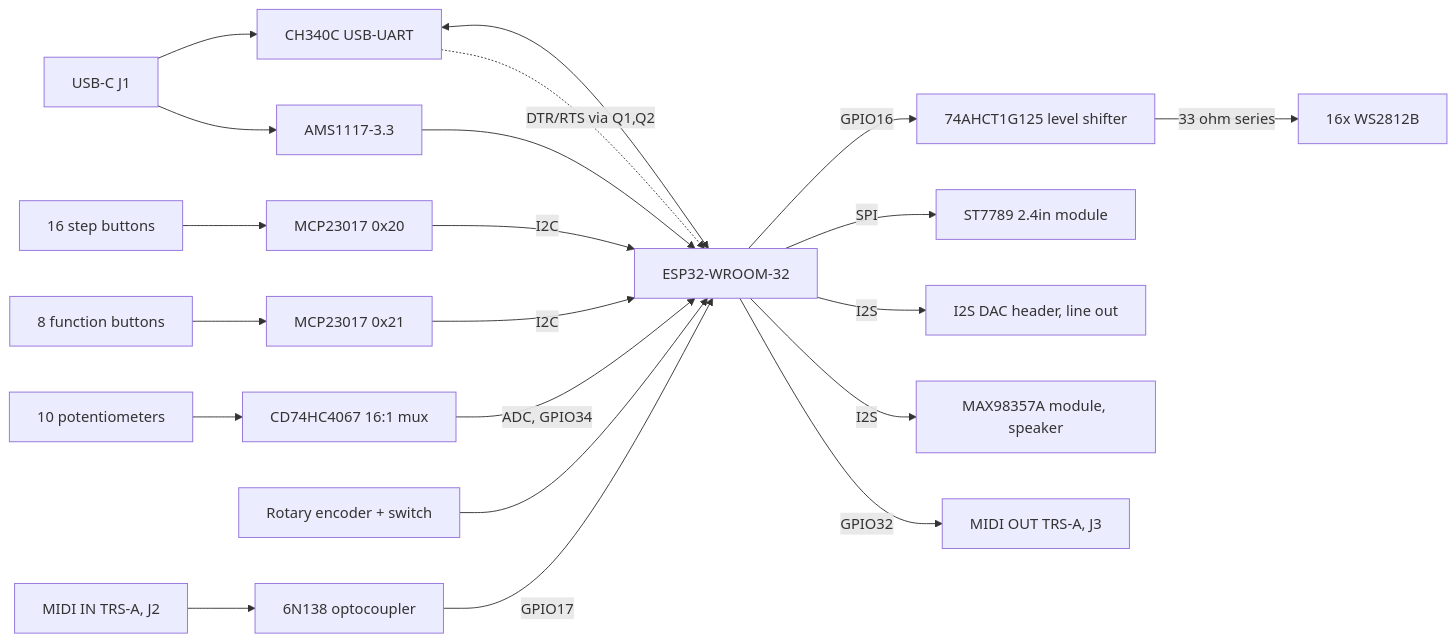
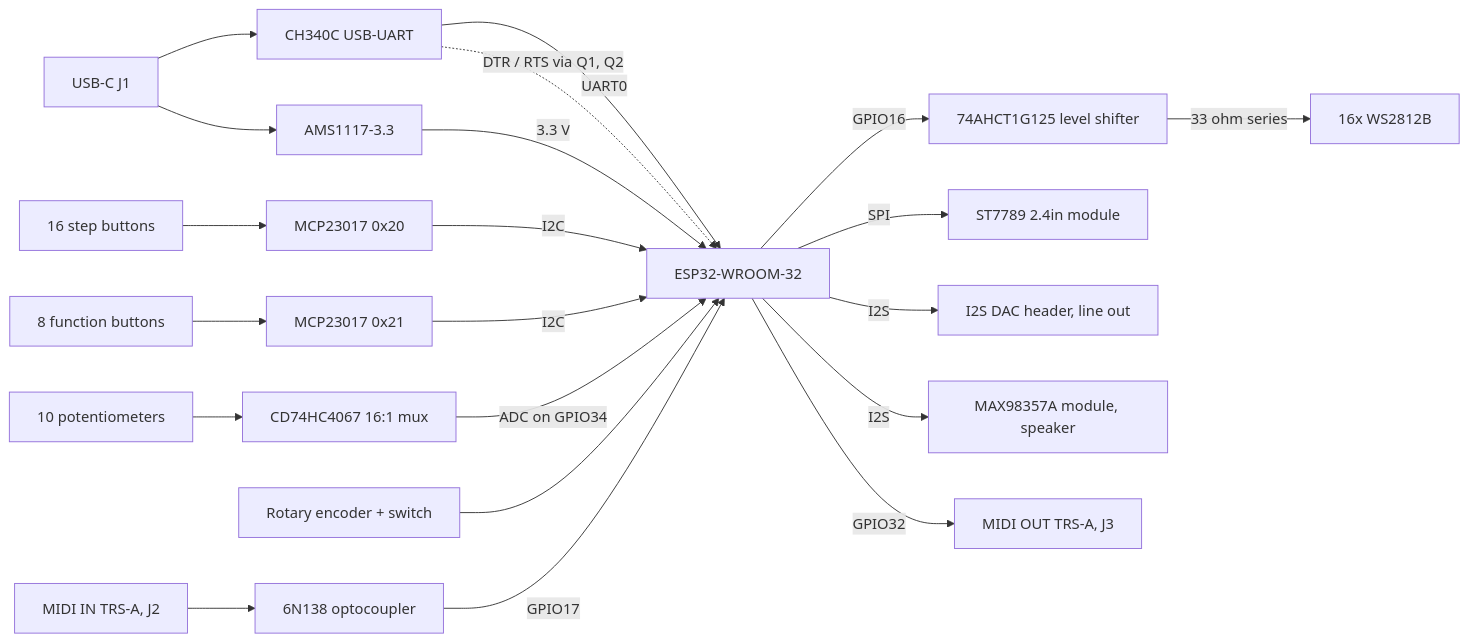
Before and after one commit to lluisestape-upc/t8-groovebox: the diagram in README.md, drawn with Mermaid.

Commit message:
README: use the pipe form for mermaid edge labels

````diff
--- a/README.md
+++ b/README.md
@@ -50,25 +50,25 @@
 ```mermaid
 flowchart LR
   USB["USB-C J1"] --> UART["CH340C USB-UART"]
   USB --> LDO["AMS1117-3.3"]
-  UART <--> ESP["ESP32-WROOM-32"]
-  UART -. "DTR/RTS via Q1,Q2" .-> ESP
-  LDO --> ESP
+  UART -->|UART0| ESP["ESP32-WROOM-32"]
+  UART -.->|DTR / RTS via Q1, Q2| ESP
+  LDO -->|3.3 V| ESP
 
   STEPS["16 step buttons"] --> EXP1["MCP23017 0x20"]
   FNKEYS["8 function buttons"] --> EXP2["MCP23017 0x21"]
-  EXP1 -- "I2C" --> ESP
-  EXP2 -- "I2C" --> ESP
+  EXP1 -->|I2C| ESP
+  EXP2 -->|I2C| ESP
   POTS["10 potentiometers"] --> MUX["CD74HC4067 16:1 mux"]
-  MUX -- "ADC, GPIO34" --> ESP
+  MUX -->|ADC on GPIO34| ESP
   ENC["Rotary encoder + switch"] --> ESP
 
-  ESP -- "GPIO16" --> LVL["74AHCT1G125 level shifter"]
-  LVL -- "33 ohm series" --> LEDS["16x WS2812B"]
-  ESP -- "SPI" --> DISP["ST7789 2.4in module"]
-  ESP -- "I2S" --> DAC["I2S DAC header, line out"]
-  ESP -- "I2S" --> AMP["MAX98357A module, speaker"]
-  ESP -- "GPIO32" --> MOUT["MIDI OUT TRS-A, J3"]
-  MIN["MIDI IN TRS-A, J2"] --> OPTO["6N138 optocoupler"]
-  OPTO -- "GPIO17" --> ESP
+  ESP -->|GPIO16| LVL["74AHCT1G125 level shifter"]
+  LVL -->|33 ohm series| LEDS["16x WS2812B"]
+  ESP -->|SPI| DISP["ST7789 2.4in module"]
+  ESP -->|I2S| DAC["I2S DAC header, line out"]
+  ESP -->|I2S| AMP["MAX98357A module, speaker"]
+  ESP -->|GPIO32| MOUT["MIDI OUT TRS-A, J3"]
+  MIDIIN["MIDI IN TRS-A, J2"] --> OPTO["6N138 optocoupler"]
+  OPTO -->|GPIO17| ESP
 ```
````
